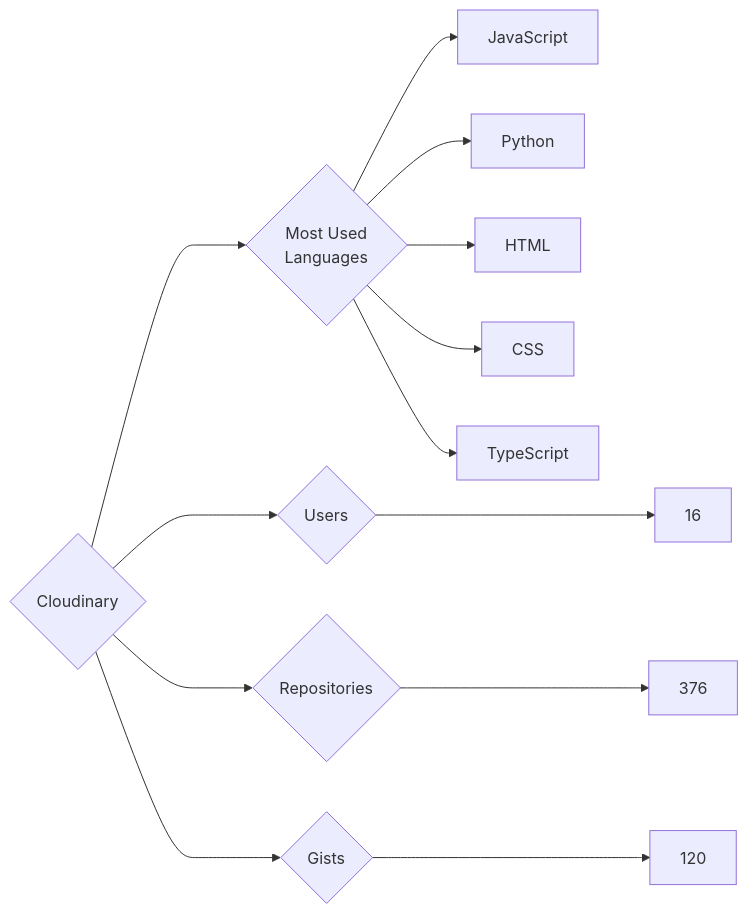
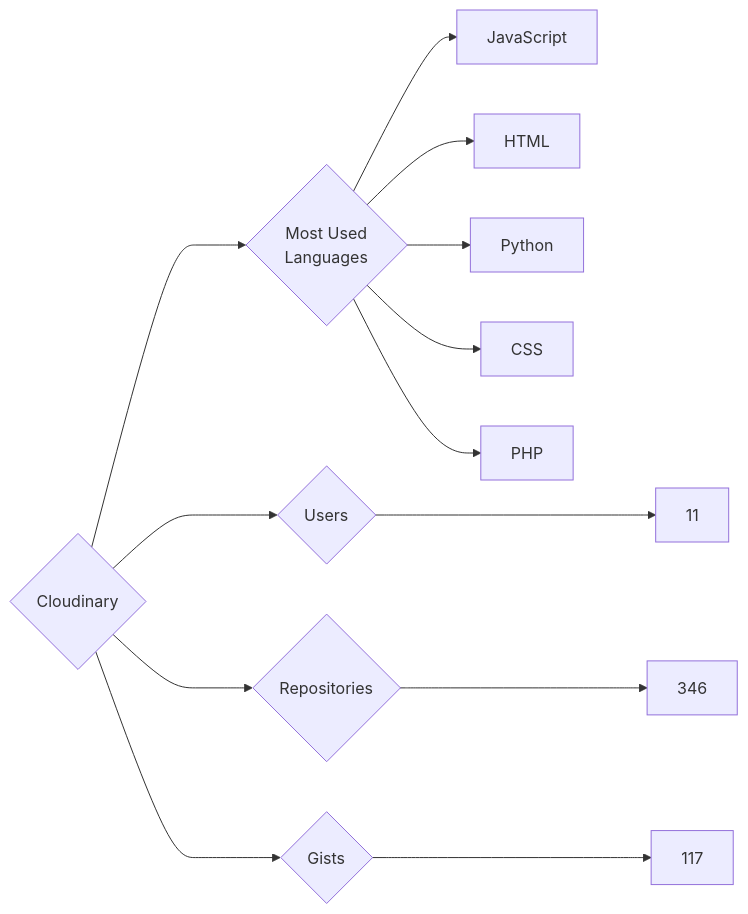
The diagram in targets/Cloudinary/README.md (trickest/insiders), drawn with Mermaid before and after one commit. The commit also changed 1238 other files, not shown here.

````diff
--- a/targets/Cloudinary/README.md
+++ b/targets/Cloudinary/README.md
@@ -3,13 +3,13 @@
 ```mermaid
 graph LR
 COMPANY_NAME{Cloudinary}
-COMPANY_NAME ---> U{Users} ---> UN[16]
-COMPANY_NAME ---> R{Repositories} ---> RN[376]
-COMPANY_NAME ---> G{Gists} ---> GN[120]
+COMPANY_NAME ---> U{Users} ---> UN[11]
+COMPANY_NAME ---> R{Repositories} ---> RN[346]
+COMPANY_NAME ---> G{Gists} ---> GN[117]
 COMPANY_NAME ---> ML{Most Used<br>Languages}
 ML --> JavaScript[JavaScript]
+ML --> HTML[HTML]
 ML --> Python[Python]
-ML --> HTML[HTML]
 ML --> CSS[CSS]
-ML --> TypeScript[TypeScript]
+ML --> PHP[PHP]
 ```
````
